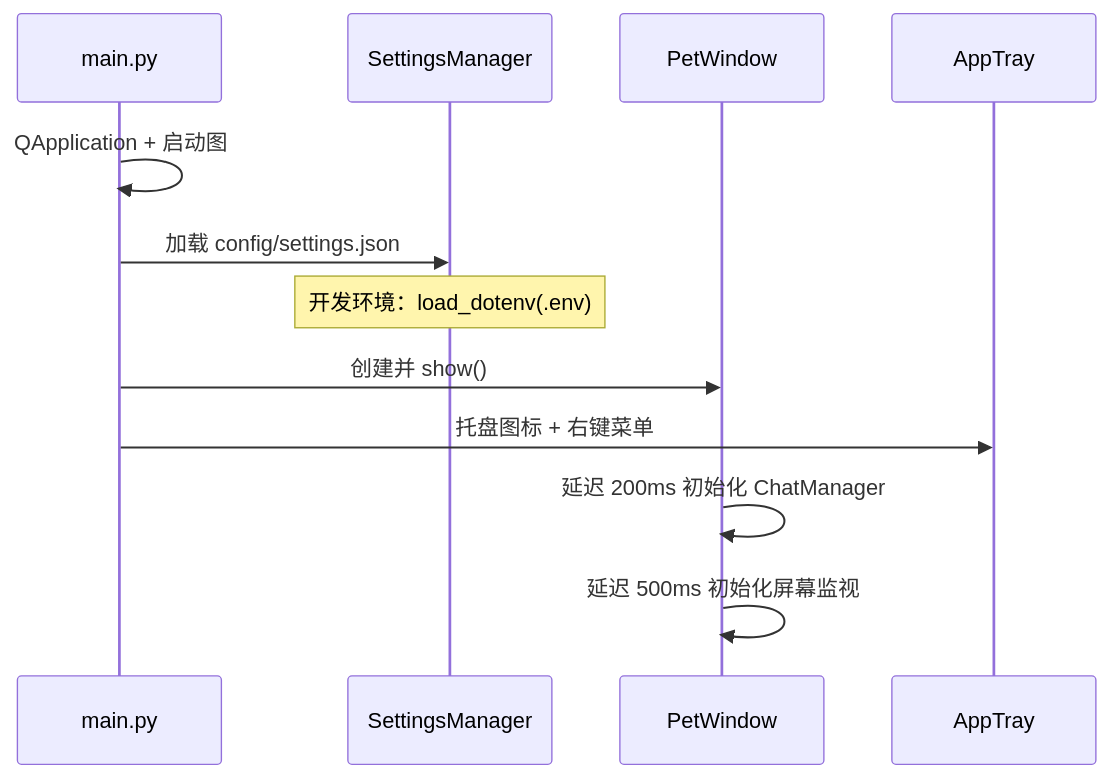
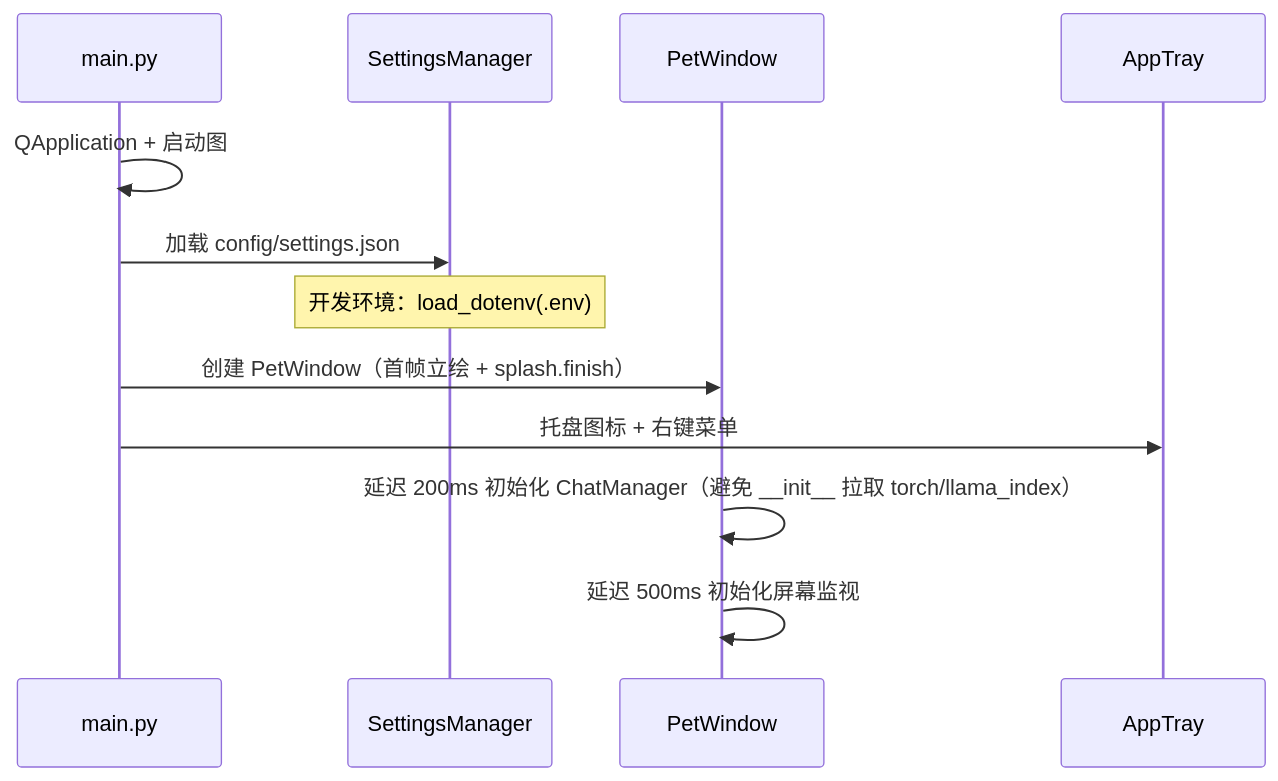
The first of 3 diagrams in docs/03-程序架构.md (CheshireClef/Indra_Desktop_Pet), drawn with Mermaid before and after one commit. The commit also changed other lines of this file and 37 other files, not shown here.

````diff
--- a/docs/03-程序架构.md
+++ b/docs/03-程序架构.md
@@ -22,15 +22,15 @@
 ```mermaid
 sequenceDiagram
     participant Main as main.py
     participant SM as SettingsManager
     participant PW as PetWindow
     participant Tray as AppTray
 
     Main->>Main: QApplication + 启动图
     Main->>SM: 加载 config/settings.json
     Note over SM: 开发环境：load_dotenv(.env)
-    Main->>PW: 创建并 show()
+    Main->>PW: 创建 PetWindow（首帧立绘 + splash.finish）
     Main->>Tray: 托盘图标 + 右键菜单
-    PW->>PW: 延迟 200ms 初始化 ChatManager
+    PW->>PW: 延迟 200ms 初始化 ChatManager（避免 __init__ 拉取 torch/llama_index）
     PW->>PW: 延迟 500ms 初始化屏幕监视
 ```
````
